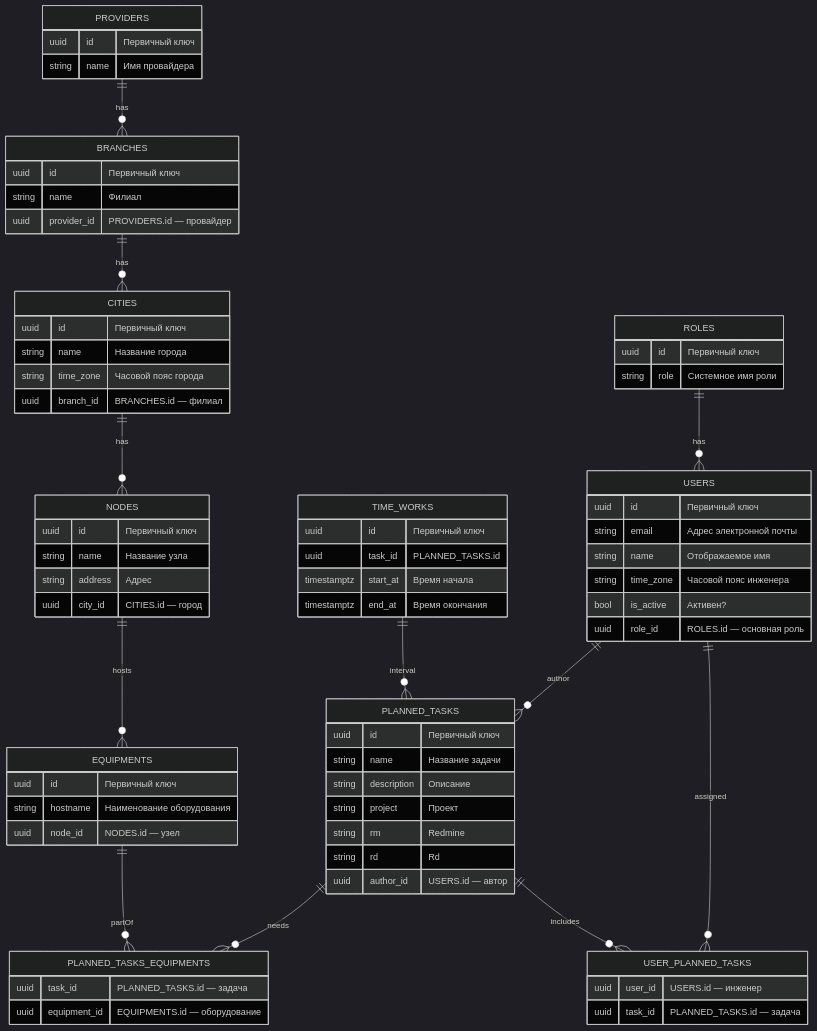
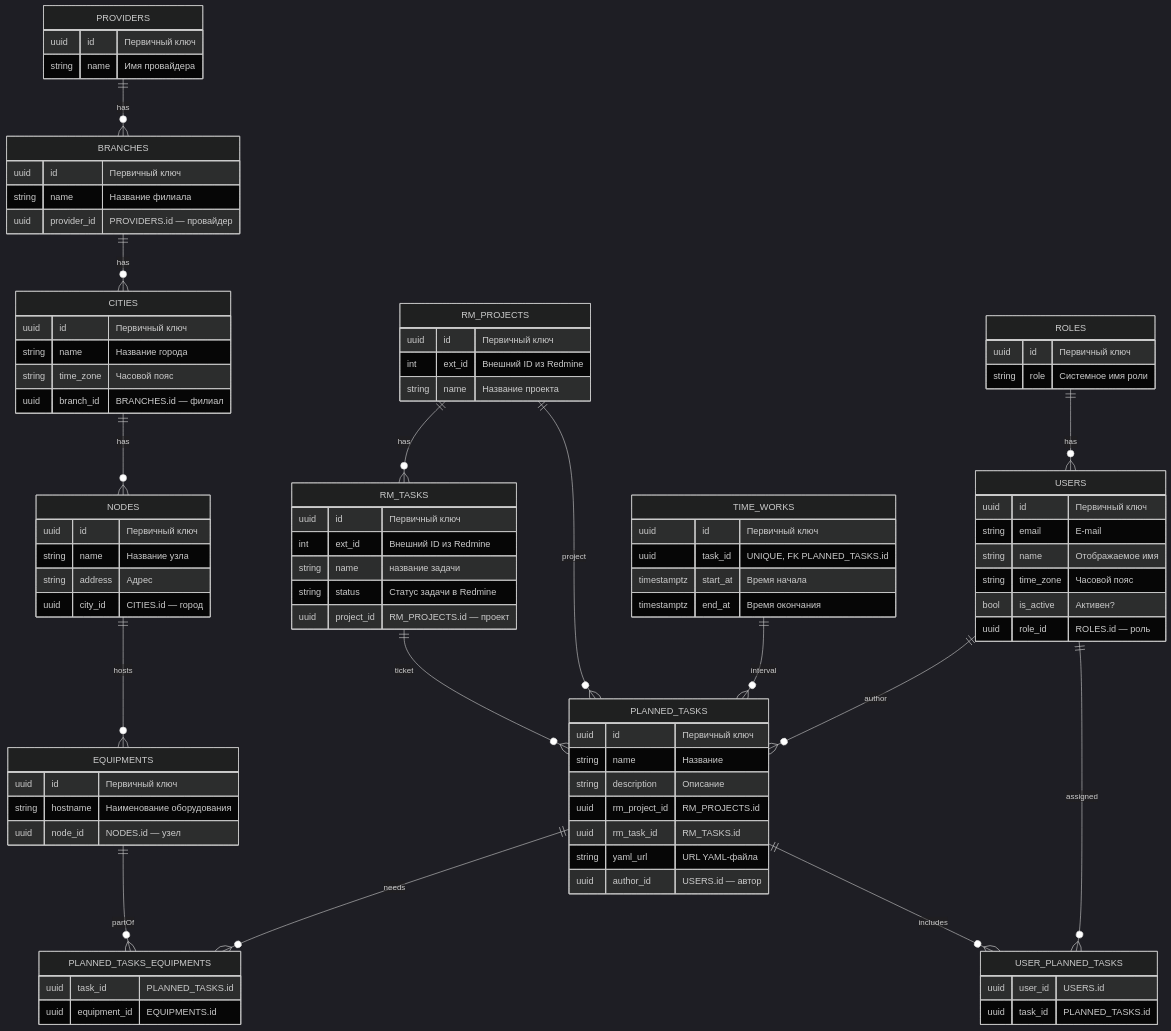
The diagram in project-schemas/hasuraScheme.md (yushachkov01/new_ntPlanner), drawn with Mermaid (dark theme) before and after one commit.

Commit message:
Проработал схему данных Hasura

````diff
--- a/project-schemas/hasuraScheme.md
+++ b/project-schemas/hasuraScheme.md
@@ -3,20 +3,34 @@
 ```mermaid
 erDiagram
-PROVIDERS {
-uuid   id      "Первичный ключ"
-string name    "Имя провайдера"
+RM_PROJECTS {
+uuid   id       "Первичный ключ"
+int    ext_id   "Внешний ID из Redmine"
+string name     "Название проекта"
 }
+
+    RM_TASKS {
+        uuid   id        "Первичный ключ"
+        int    ext_id    "Внешний ID из Redmine"
+        string name      "название задачи"
+        string status    "Статус задачи в Redmine"
+        uuid   project_id "RM_PROJECTS.id — проект"
+    }
+
+    PROVIDERS {
+        uuid   id      "Первичный ключ"
+        string name    "Имя провайдера"
+    }
 
     BRANCHES {
         uuid   id          "Первичный ключ"
-        string name        "Филиал"
-        uuid   provider_id " PROVIDERS.id — провайдер"
+        string name        "Название филиала"
+        uuid   provider_id "PROVIDERS.id — провайдер"
     }
 
     CITIES {
         uuid   id          "Первичный ключ"
         string name        "Название города"
-        string time_zone   "Часовой пояс города"
+        string time_zone   "Часовой пояс"
         uuid   branch_id   "BRANCHES.id — филиал"
     }
 
@@ -30,7 +44,7 @@
     EQUIPMENTS {
         uuid   id        "Первичный ключ"
         string hostname  "Наименование оборудования"
-        uuid   node_id   " NODES.id — узел"
+        uuid   node_id   "NODES.id — узел"
     }
 
     ROLES {
@@ -39,39 +53,39 @@
     }
 
     USERS {
-        uuid   id            "Первичный ключ"
-        string email         "Адрес электронной почты"
-        string name          "Отображаемое имя"
-        string time_zone     "Часовой пояс инженера"
-        bool   is_active     "Активен?"
-        uuid   role_id       "ROLES.id — основная роль"
+        uuid   id           "Первичный ключ"
+        string email        "E‑mail"
+        string name         "Отображаемое имя"
+        string time_zone    "Часовой пояс"
+        bool   is_active    "Активен?"
+        uuid   role_id      "ROLES.id — роль"
     }
 
     PLANNED_TASKS {
-        uuid   id          "Первичный ключ"
-        string name        "Название задачи"
-        string description "Описание"
-        string project     "Проект"
-        string rm          "Redmine"
-        string rd          "Rd"
-        uuid   author_id   "USERS.id — автор"
+        uuid   id            "Первичный ключ"
+        string name          "Название"
+        string description   "Описание"
+        uuid   rm_project_id "RM_PROJECTS.id"
+        uuid   rm_task_id    "RM_TASKS.id"
+        string yaml_url      "URL YAML‑файла"
+        uuid   author_id     "USERS.id — автор"
     }
 
     TIME_WORKS {
-        uuid        id       "Первичный ключ"
-        uuid        task_id  " PLANNED_TASKS.id"
-        timestamptz start_at "Время начала"
-        timestamptz end_at   "Время окончания"
+        uuid        id        "Первичный ключ"
+        uuid        task_id   "UNIQUE, FK  PLANNED_TASKS.id"
+        timestamptz start_at  "Время начала"
+        timestamptz end_at    "Время окончания"
     }
 
     USER_PLANNED_TASKS {
-        uuid user_id " USERS.id — инженер"
-        uuid task_id "PLANNED_TASKS.id — задача"
+        uuid user_id "USERS.id"
+        uuid task_id "PLANNED_TASKS.id"
     }
 
     PLANNED_TASKS_EQUIPMENTS {
-        uuid task_id      " PLANNED_TASKS.id — задача"
-        uuid equipment_id " EQUIPMENTS.id — оборудование"
+        uuid task_id      "PLANNED_TASKS.id"
+        uuid equipment_id "EQUIPMENTS.id"
     }
 
     PROVIDERS     ||--o{ BRANCHES      : has
@@ -82,12 +96,16 @@
     ROLES         ||--o{ USERS         : has
     USERS         ||--o{ PLANNED_TASKS : author
 
-    %% PLANNED_TASKS ||--|| TIME_WORKS    : interval
-    TIME_WORKS    ||--o{ PLANNED_TASKS    : interval
+    TIME_WORKS ||--o{ PLANNED_TASKS    : interval
 
     USERS         ||--o{ USER_PLANNED_TASKS       : assigned
     PLANNED_TASKS ||--o{ USER_PLANNED_TASKS       : includes
 
     PLANNED_TASKS ||--o{ PLANNED_TASKS_EQUIPMENTS : needs
     EQUIPMENTS    ||--o{ PLANNED_TASKS_EQUIPMENTS : partOf
+
+    RM_PROJECTS   ||--o{ RM_TASKS      : has
+    RM_PROJECTS   ||--o{ PLANNED_TASKS : project
+    RM_TASKS      ||--o{ PLANNED_TASKS : ticket
+
 ```
````
